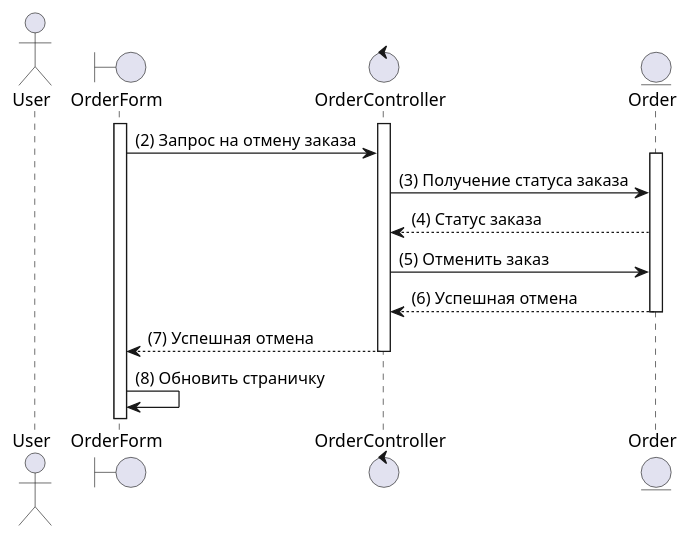
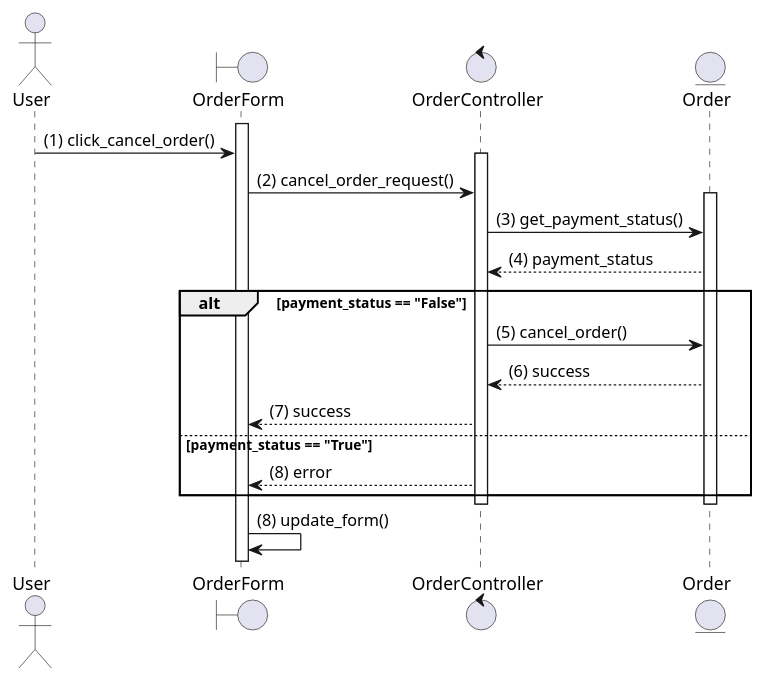
Before and after one commit to UraharaKiska/umlk_diagram: the diagram in laba_1-4/sequence/Client/cfancel_order.puml, drawn with PlantUML. The commit also changed 16 other files, not shown here.

```diff
--- a/laba_1-4/sequence/Client/cfancel_order.puml
+++ b/laba_1-4/sequence/Client/cfancel_order.puml
@@ -1,27 +1,33 @@
 @startuml
 actor User
 boundary OrderForm
 control OrderController
 entity Order
 
 activate OrderForm
+User -> OrderForm : (1) click_cancel_order()
+
 
 activate OrderController
-OrderForm -> OrderController : (2) Запрос на отмену заказа
+OrderForm -> OrderController : (2) cancel_order_request()
 
 activate Order
-OrderController -> Order : (3) Получение статуса заказа
-Order --> OrderController : (4) Статус заказа
-OrderController -> Order : (5) Отменить заказ
-OrderController <-- Order : (6) Успешная отмена
+OrderController -> Order : (3) get_payment_status()
+Order --> OrderController : (4) payment_status
+
+alt payment_status == "False"
+    OrderController -> Order : (5) cancel_order()
+    OrderController <-- Order : (6) success
+    OrderController --> OrderForm : (7) success
+else payment_status == "True"
+    OrderController --> OrderForm : (8) error
+end
+
+
 deactivate Order
-OrderController --> OrderForm : (7) Успешная отмена
 deactivate OrderController
 
-OrderForm -> OrderForm : (8) Обновить страничку
-
-
-
+OrderForm -> OrderForm : (8) update_form()
 
 
 @enduml
```
